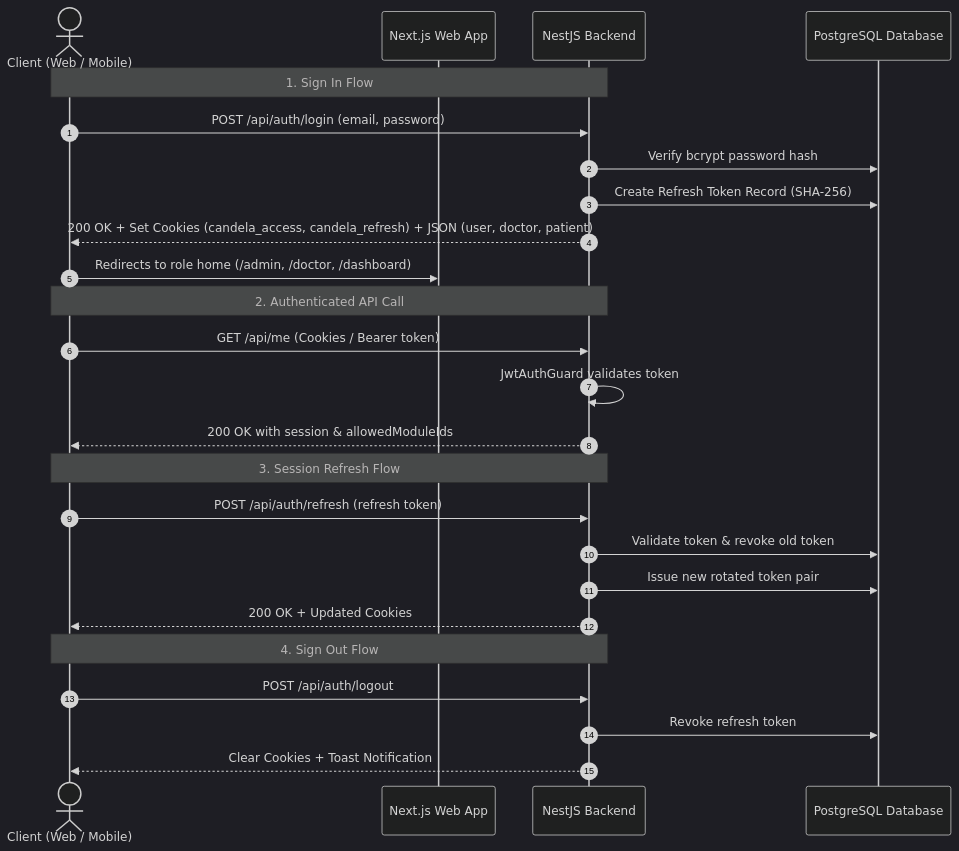
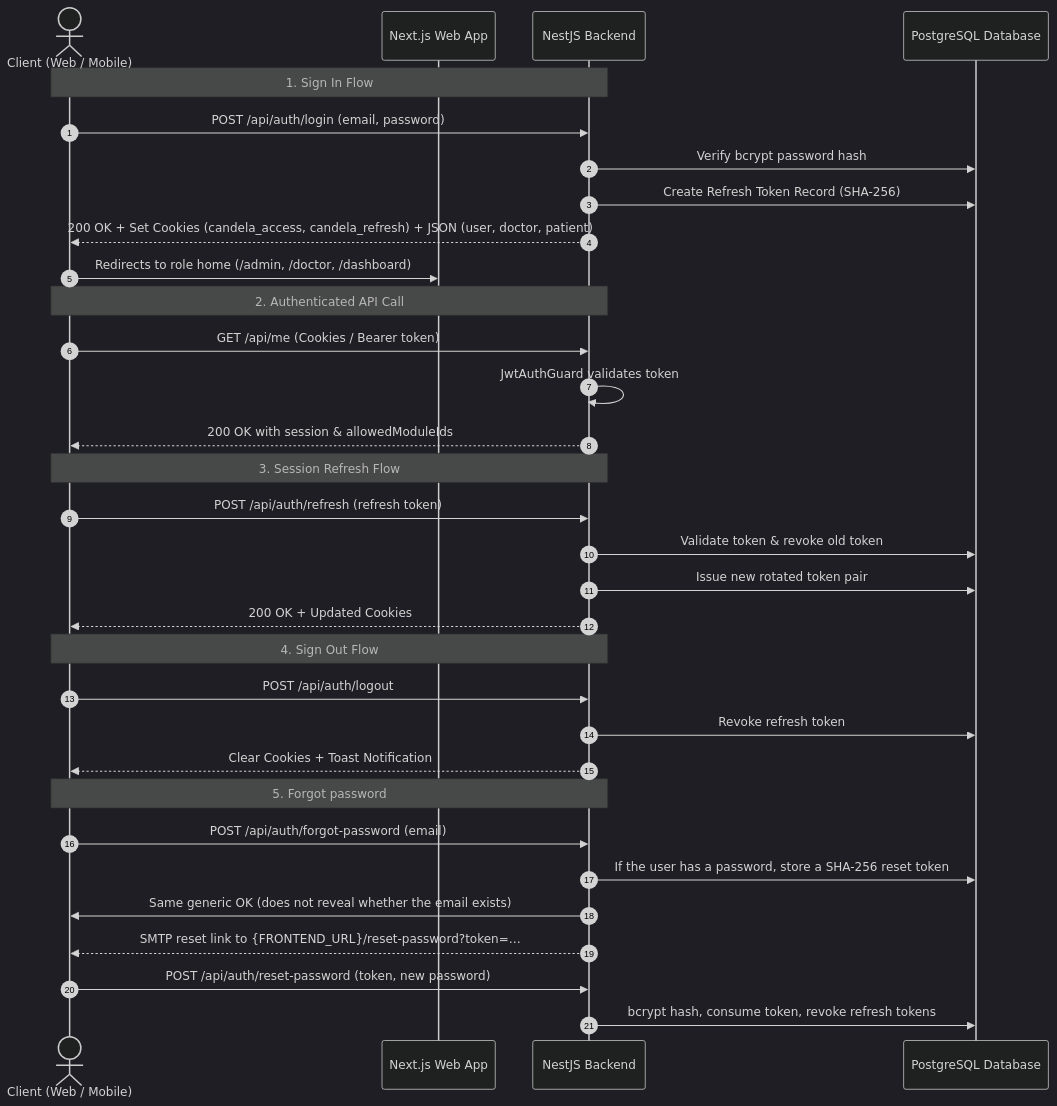
One commit to candela-app/Candela changed the second of 2 diagrams in docs/AUTH_AND_ROLES_FLOW.md. Above: the diagram before and after it, drawn with Mermaid (dark theme). The commit also changed other lines of this file and 20 other files, not shown here.

Commit message:
feat:forgot password

````diff
--- a/docs/AUTH_AND_ROLES_FLOW.md
+++ b/docs/AUTH_AND_ROLES_FLOW.md
@@ -36,31 +36,39 @@
 ```mermaid
 sequenceDiagram
     autonumber
     actor User as Client (Web / Mobile)
     participant Next as Next.js Web App
     participant Nest as NestJS Backend
     participant DB as PostgreSQL Database
 
     Note over User,Nest: 1. Sign In Flow
     User->>Nest: POST /api/auth/login (email, password)
     Nest->>DB: Verify bcrypt password hash
     Nest->>DB: Create Refresh Token Record (SHA-256)
     Nest-->>User: 200 OK + Set Cookies (candela_access, candela_refresh) + JSON (user, doctor, patient)
     User->>Next: Redirects to role home (/admin, /doctor, /dashboard)
 
     Note over User,Nest: 2. Authenticated API Call
     User->>Nest: GET /api/me (Cookies / Bearer token)
     Nest->>Nest: JwtAuthGuard validates token
     Nest-->>User: 200 OK with session & allowedModuleIds
 
     Note over User,Nest: 3. Session Refresh Flow
     User->>Nest: POST /api/auth/refresh (refresh token)
     Nest->>DB: Validate token & revoke old token
     Nest->>DB: Issue new rotated token pair
     Nest-->>User: 200 OK + Updated Cookies
 
     Note over User,Nest: 4. Sign Out Flow
     User->>Nest: POST /api/auth/logout
     Nest->>DB: Revoke refresh token
     Nest-->>User: Clear Cookies + Toast Notification
+
+    Note over User,Nest: 5. Forgot password
+    User->>Nest: POST /api/auth/forgot-password (email)
+    Nest->>DB: If the user has a password, store a SHA-256 reset token
+    Nest->>User: Same generic OK (does not reveal whether the email exists)
+    Nest-->>User: SMTP reset link to {FRONTEND_URL}/reset-password?token=…
+    User->>Nest: POST /api/auth/reset-password (token, new password)
+    Nest->>DB: bcrypt hash, consume token, revoke refresh tokens
 ```
````
